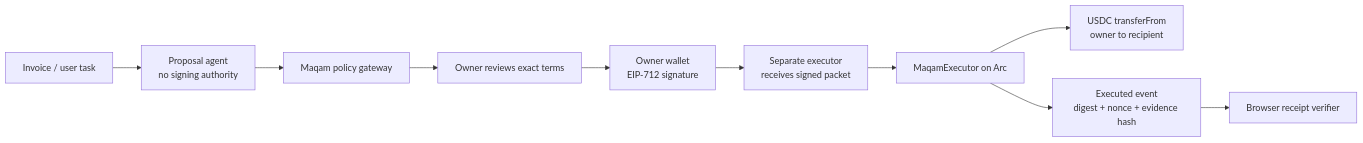
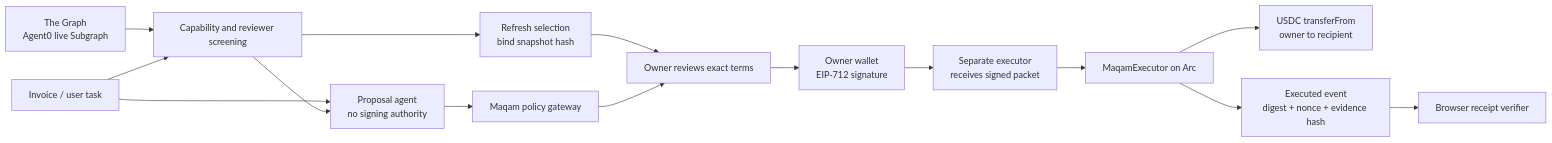
The diagram in docs/ARCHITECTURE.md (AjnasNB/maqam-protocol), drawn with Mermaid before and after one commit. The commit also changed other lines of this file and 12 other files, not shown here.

Commit message:
docs: document Graph evidence, correct build track and update real demo guide

````diff
--- a/docs/ARCHITECTURE.md
+++ b/docs/ARCHITECTURE.md
@@ -3,12 +3,17 @@
 ```mermaid
 flowchart LR
   A[Invoice / user task] --> B[Proposal agent\nno signing authority]
+  T[The Graph\nAgent0 live Subgraph] --> S[Capability and reviewer screening]
+  A --> S
+  S --> B
+  S --> K[Refresh selection\nbind snapshot hash]
+  K --> D
   B --> C[Maqam policy gateway]
   C --> D[Owner reviews exact terms]
   D --> E[Owner wallet\nEIP-712 signature]
   E --> F[Separate executor\nreceives signed packet]
   F --> G[MaqamExecutor on Arc]
   G --> H[USDC transferFrom\nowner to recipient]
   G --> I[Executed event\ndigest + nonce + evidence hash]
   I --> J[Browser receipt verifier]
 ```
````
